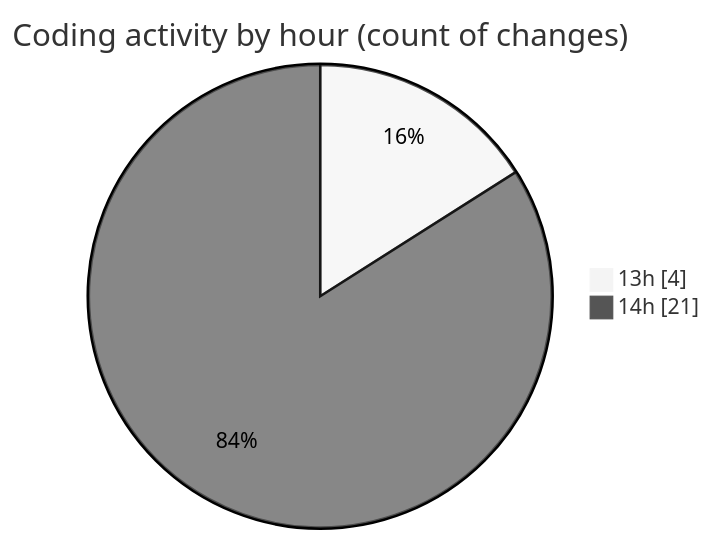
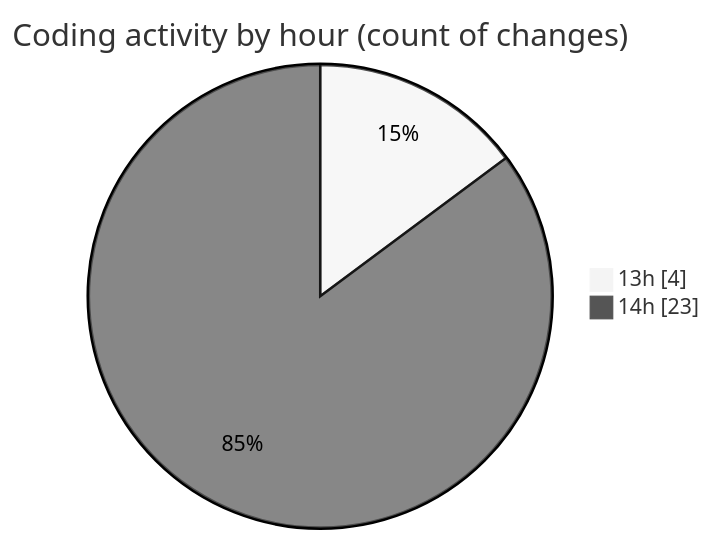
Before and after one commit to EIIisD/code-tracking: the second of 2 diagrams in 2025-08-18/claudecraft/README.md, drawn with Mermaid (neutral theme). The commit also changed other lines of this file and 1 other file, not shown here.

````diff
--- a/2025-08-18/claudecraft/README.md
+++ b/2025-08-18/claudecraft/README.md
@@ -28,6 +28,6 @@
 ```mermaid
 pie showData
 title Coding activity by hour (count of changes)
 "13h" : 4
-"14h" : 21
+"14h" : 23
 ```
````
